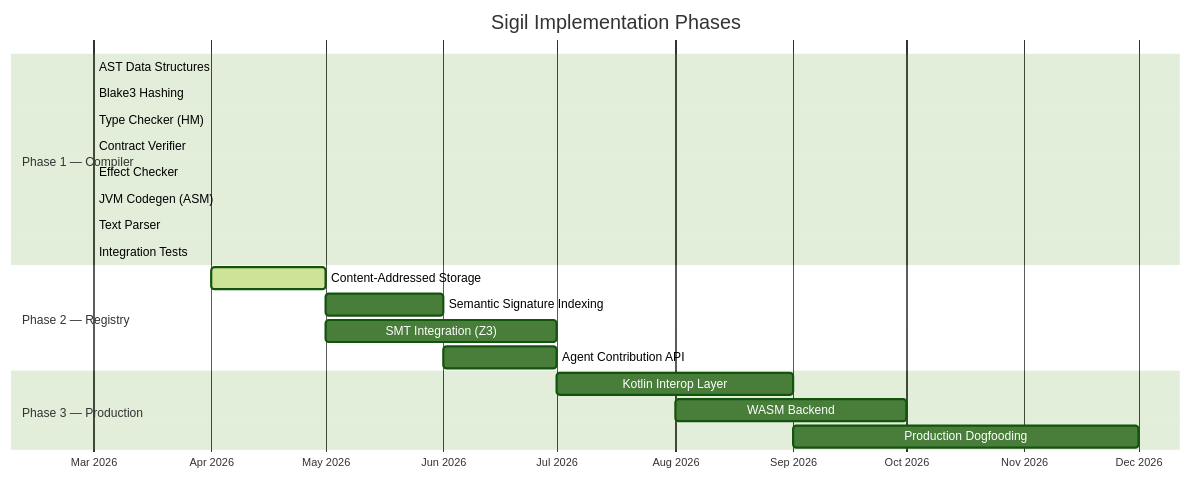
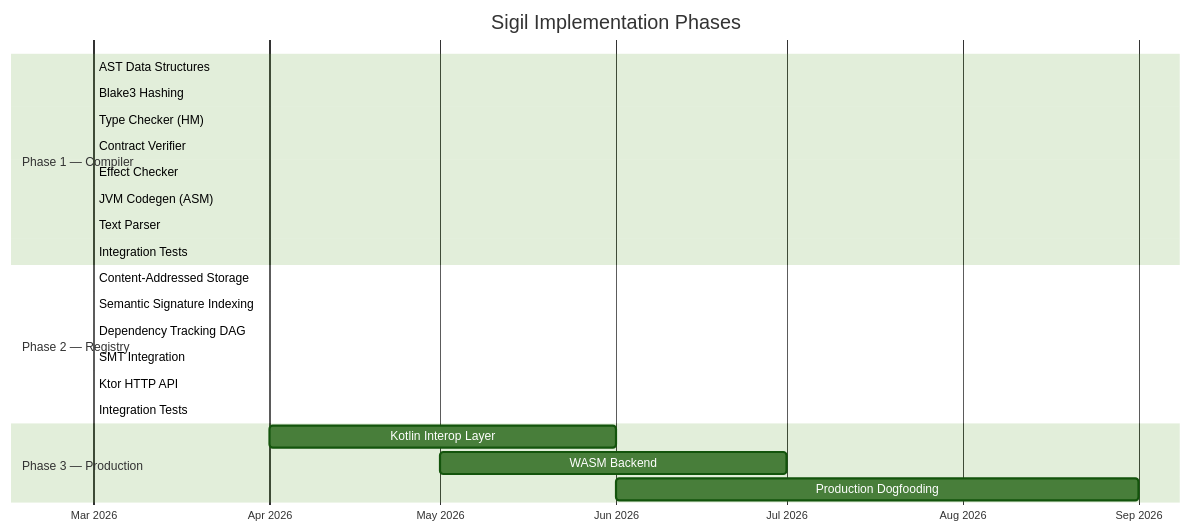
One commit to sage3648/sigil changed diagram 14 of 14 in README.md. Above: the diagram before and after it, drawn with Mermaid (forest theme). The commit also changed other lines of this file, not shown here.

````diff
--- a/README.md
+++ b/README.md
@@ -662,27 +937,29 @@
 ```mermaid
 gantt
     title Sigil Implementation Phases
     dateFormat YYYY-MM
     axisFormat %b %Y
 
     section Phase 1 — Compiler
     AST Data Structures           :done, 2026-03, 2026-03
     Blake3 Hashing                :done, 2026-03, 2026-03
     Type Checker (HM)             :done, 2026-03, 2026-03
     Contract Verifier             :done, 2026-03, 2026-03
     Effect Checker                :done, 2026-03, 2026-03
     JVM Codegen (ASM)             :done, 2026-03, 2026-03
     Text Parser                   :done, 2026-03, 2026-03
     Integration Tests             :done, 2026-03, 2026-03
 
     section Phase 2 — Registry
-    Content-Addressed Storage     :active, 2026-04, 2026-05
-    Semantic Signature Indexing   :2026-05, 2026-06
-    SMT Integration (Z3)          :2026-05, 2026-07
-    Agent Contribution API        :2026-06, 2026-07
+    Content-Addressed Storage     :done, 2026-03, 2026-03
+    Semantic Signature Indexing   :done, 2026-03, 2026-03
+    Dependency Tracking DAG       :done, 2026-03, 2026-03
+    SMT Integration               :done, 2026-03, 2026-03
+    Ktor HTTP API                 :done, 2026-03, 2026-03
+    Integration Tests             :done, 2026-03, 2026-03
 
     section Phase 3 — Production
-    Kotlin Interop Layer          :2026-07, 2026-09
-    WASM Backend                  :2026-08, 2026-10
-    Production Dogfooding         :2026-09, 2026-12
+    Kotlin Interop Layer          :2026-04, 2026-06
+    WASM Backend                  :2026-05, 2026-07
+    Production Dogfooding         :2026-06, 2026-09
 ```
````
